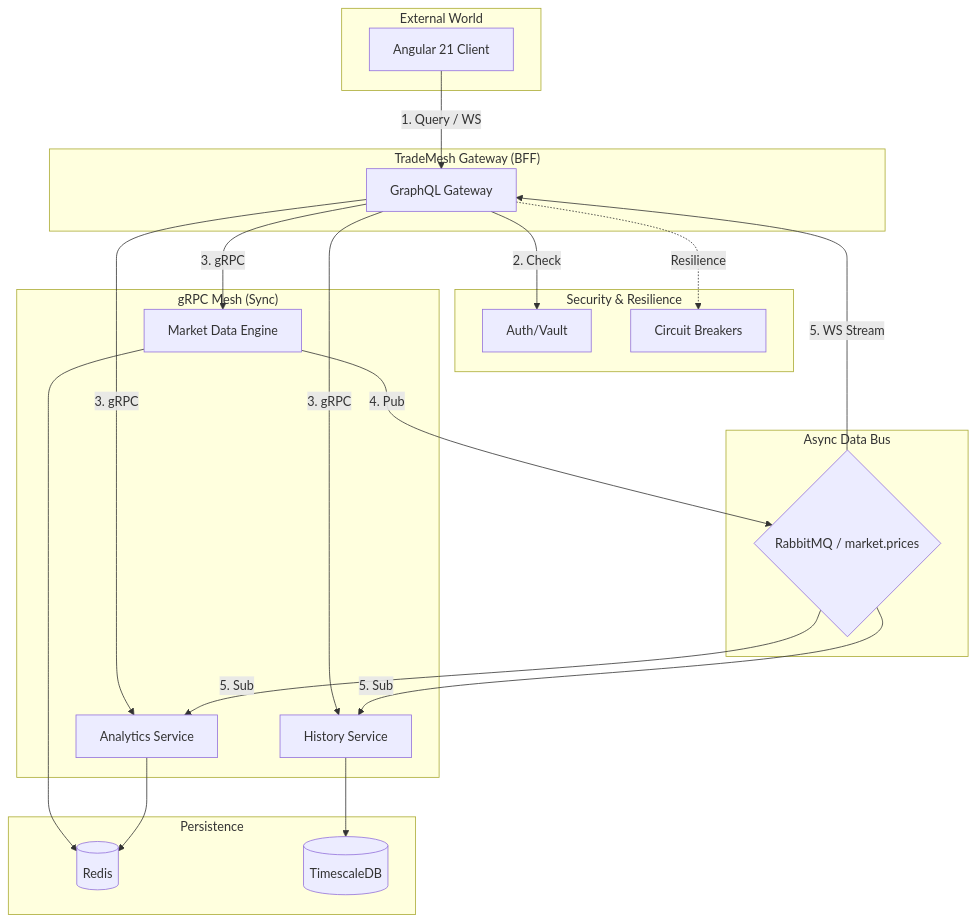
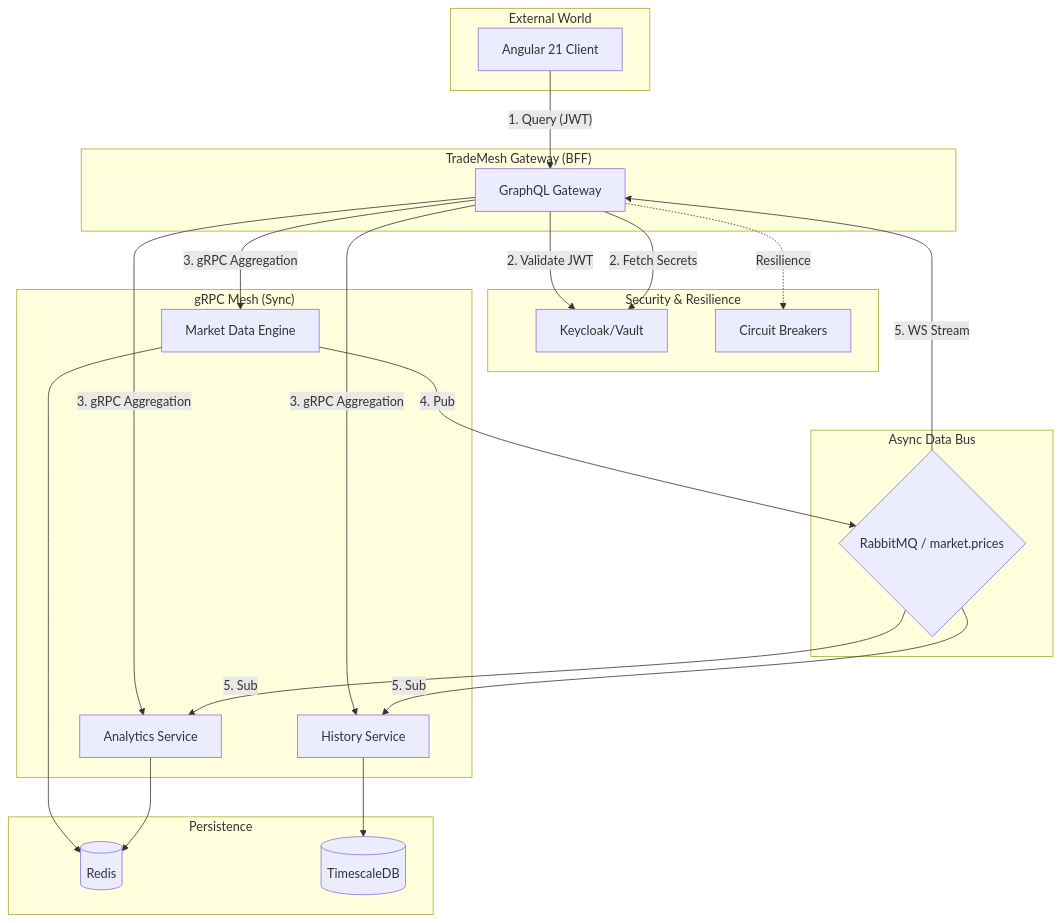
Before and after one commit to dawidbera/trade-mesh: the diagram in README.md, drawn with Mermaid. The commit also changed 9 other files, not shown here.

Commit message:
feat: implement enterprise security (Keycloak OIDC & Vault) and update architectural documentation

````diff
--- a/README.md
+++ b/README.md
@@ -14,51 +14,52 @@
 ```mermaid
 graph TD
     subgraph "External World"
         Client[Angular 21 Client]
     end
 
     subgraph "Security & Resilience"
-        Security[Auth/Vault]
+        Security[Keycloak/Vault]
         Resilience[Circuit Breakers]
     end
 
     subgraph "TradeMesh Gateway (BFF)"
         Gateway[GraphQL Gateway]
     end
 
     subgraph "gRPC Mesh (Sync)"
         Market[Market Data Engine]
         Analytics[Analytics Service]
         History[History Service]
     end
 
     subgraph "Async Data Bus"
         RabbitMQ{RabbitMQ / market.prices}
     end
 
     subgraph "Persistence"
         Redis[(Redis)]
         Timescale[(TimescaleDB)]
     end
 
     %% Flow
-    Client -- "1. Query / WS" --> Gateway
-    Gateway -- "2. Check" --> Security
+    Client -- "1. Query (JWT)" --> Gateway
+    Gateway -- "2. Validate JWT" --> Security
+    Gateway -- "2. Fetch Secrets" --> Security
     Gateway -. "Resilience" .-> Resilience
     
     %% Sync
-    Gateway -- "3. gRPC" --> Market
-    Gateway -- "3. gRPC" --> Analytics
-    Gateway -- "3. gRPC" --> History
+    Gateway -- "3. gRPC Aggregation" --> Market
+    Gateway -- "3. gRPC Aggregation" --> Analytics
+    Gateway -- "3. gRPC Aggregation" --> History
 
     %% Async
     Market -- "4. Pub" --> RabbitMQ
     RabbitMQ -- "5. Sub" --> Analytics
     RabbitMQ -- "5. Sub" --> History
     RabbitMQ -- "5. WS Stream" --> Gateway
     
     %% Storage
     Market --> Redis
     Analytics --> Redis
     History --> Timescale
 ```
````
